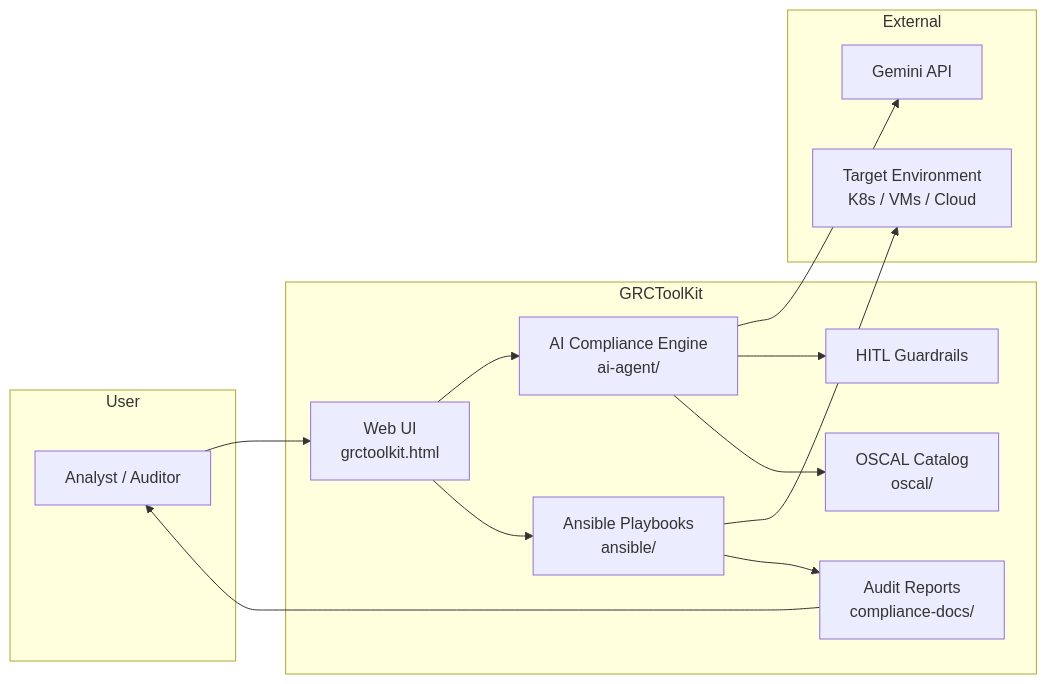
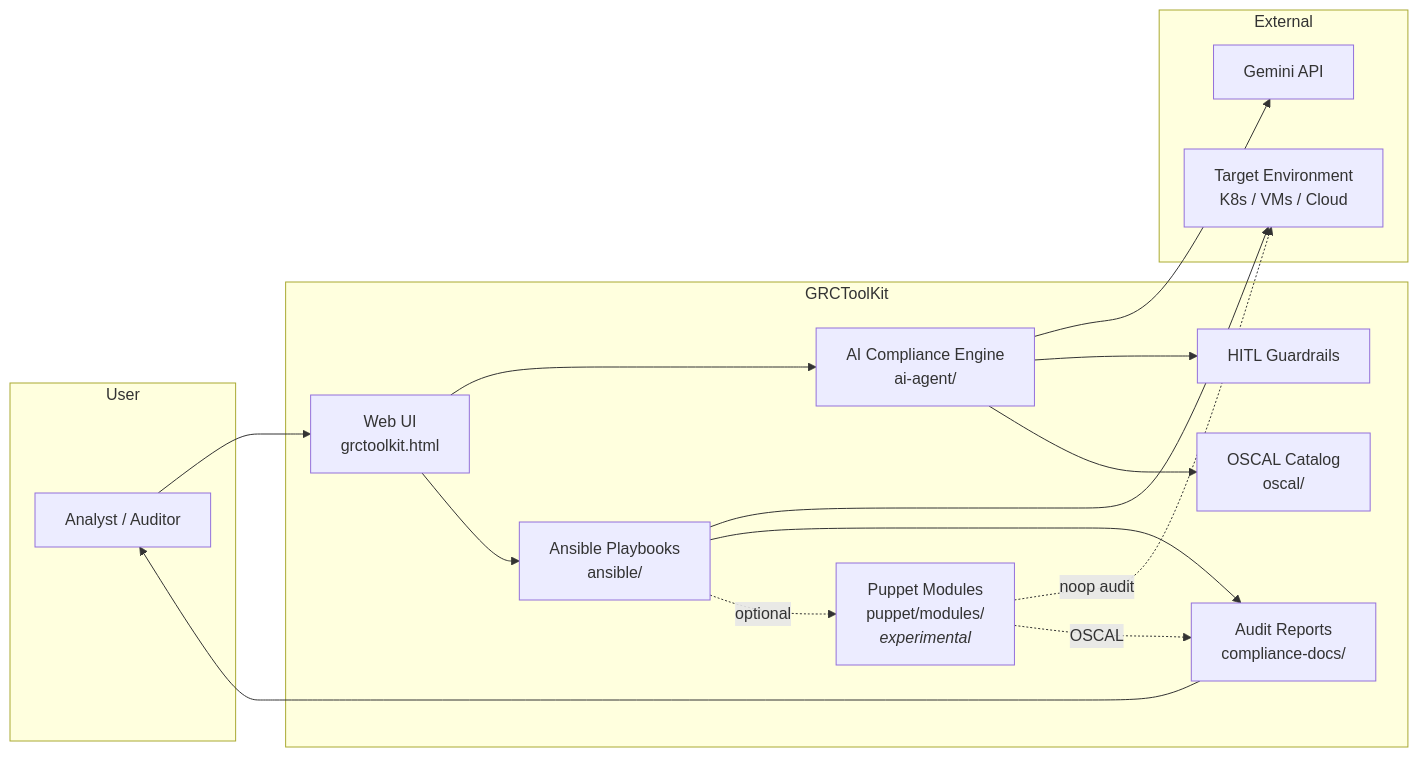
The diagram in docs/OVERVIEW.md (iFocus-Innovations-LLC/GRCToolKit), drawn with Mermaid before and after one commit. The commit also changed other lines of this file and 17 other files, not shown here.

First line of the commit message:
feat: add Puppet audit engine for read-only NIST validation (#52)

````diff
--- a/docs/OVERVIEW.md
+++ b/docs/OVERVIEW.md
@@ -104,30 +105,34 @@
 ```mermaid
 flowchart LR
     subgraph User
         A[Analyst / Auditor]
     end
 
     subgraph GRCToolKit
         B[Web UI<br/>grctoolkit.html]
         C[AI Compliance Engine<br/>ai-agent/]
         D[OSCAL Catalog<br/>oscal/]
         E[Ansible Playbooks<br/>ansible/]
         F[Audit Reports<br/>compliance-docs/]
         G[HITL Guardrails]
+        P[Puppet Modules<br/>puppet/modules/<br/><i>experimental</i>]
     end
 
     subgraph External
         H[Gemini API]
         I[Target Environment<br/>K8s / VMs / Cloud]
     end
 
     A --> B
     B --> C
     C --> H
     C --> G
     C --> D
     B --> E
     E --> I
     E --> F
+    E -.optional.-> P
+    P -.noop audit.-> I
+    P -.OSCAL.-> F
     F --> A
 ```
````
